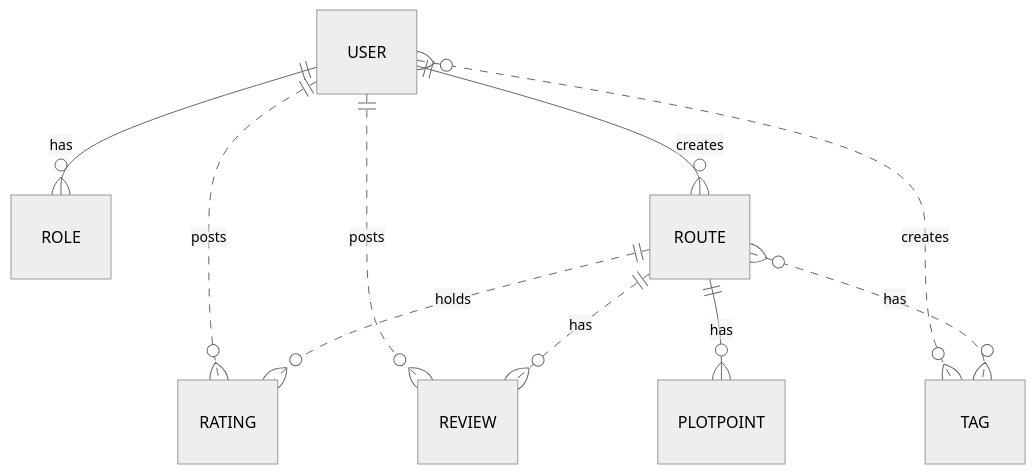
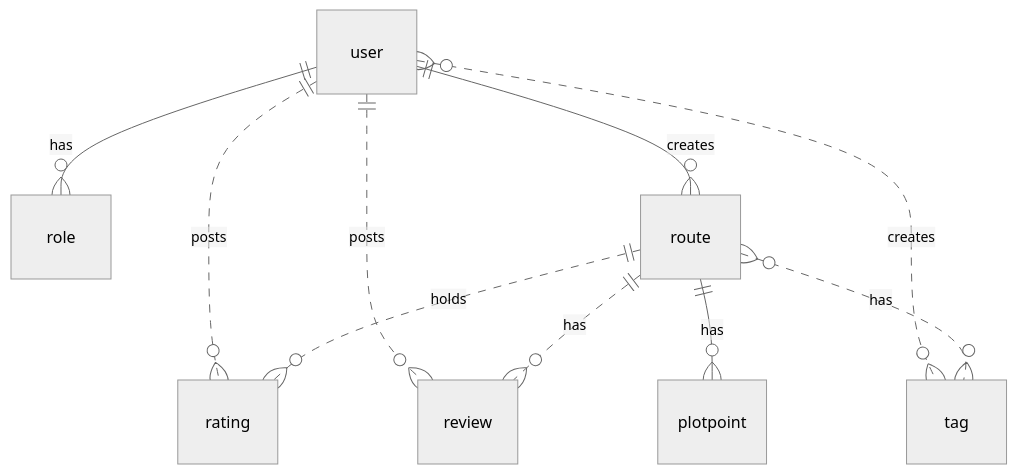
Before and after one commit to MurrayLyne96/RouteFinder: the first of 2 diagrams in README.md, drawn with Mermaid (neutral theme). The commit also changed other lines of this file, not shown here.

````diff
--- a/README.md
+++ b/README.md
@@ -69,12 +69,12 @@
 ```mermaid
 erDiagram
-    USER ||--o{ ROLE : has
-    USER ||--o{ ROUTE : creates
-    USER ||..o{ REVIEW : posts
-    USER ||..o{ RATING : posts
-    ROUTE ||..o{ RATING : holds
-    ROUTE ||..o{ REVIEW : has
-    ROUTE ||--o{ PLOTPOINT: has
-    USER }o..o{ TAG: creates
-    ROUTE }o..o{ TAG: has
+    user ||--o{ role : has
+    user ||--o{ route : creates
+    user ||..o{ review : posts
+    user ||..o{ rating : posts
+    route ||..o{ rating : holds
+    route ||..o{ review : has
+    route ||--o{ plotpoint: has
+    user }o..o{ tag: creates
+    route }o..o{ tag: has
 ```
````
